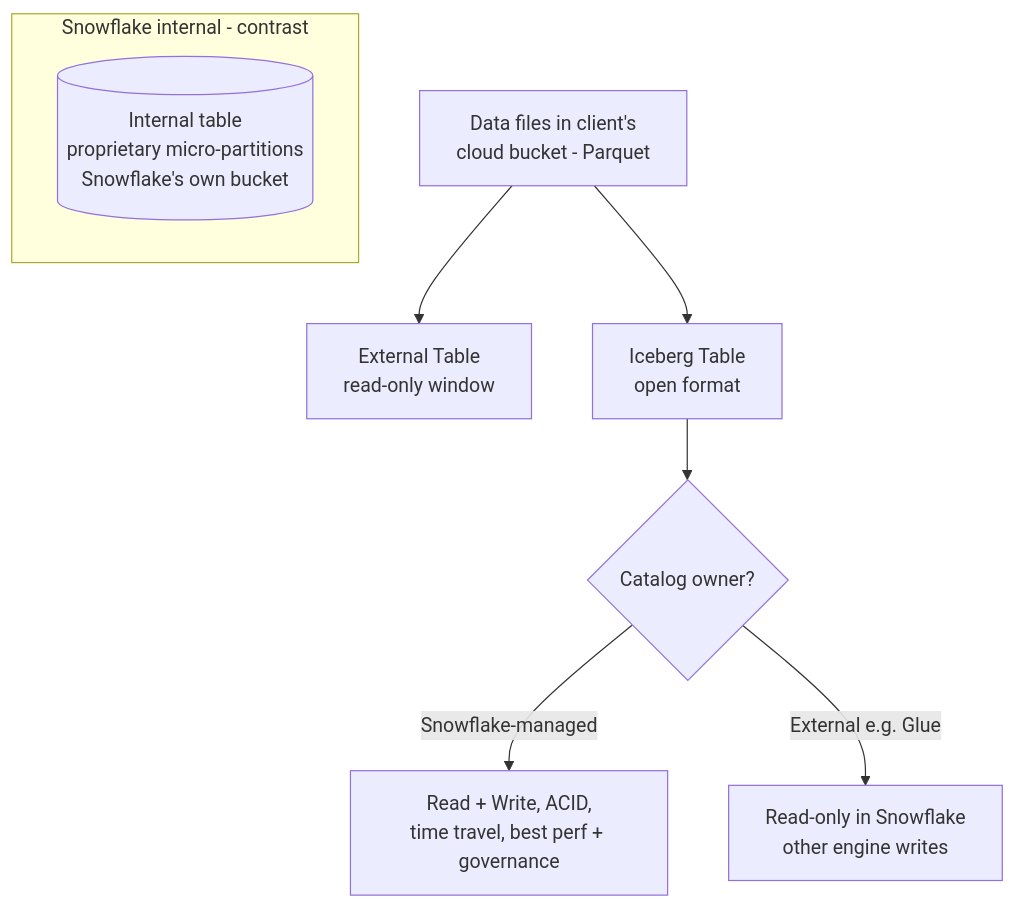
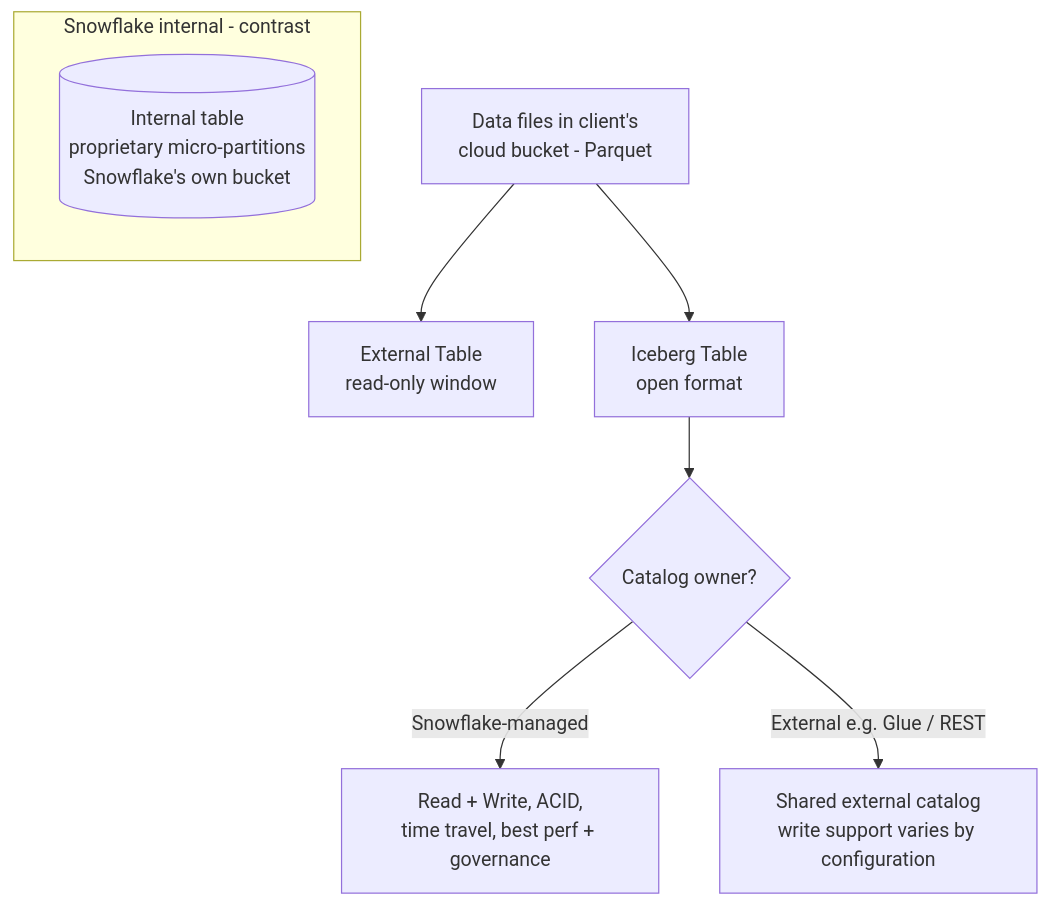
The diagram in 01 Snowflake/04 Data Engineering/24 External Tables and Iceberg.md (shonningsoy/Upskill), drawn with Mermaid before and after one commit. The commit also changed other lines of this file and 5 other files, not shown here.

````diff
--- a/01 Snowflake/04 Data Engineering/24 External Tables and Iceberg.md
+++ b/01 Snowflake/04 Data Engineering/24 External Tables and Iceberg.md
@@ -64,11 +64,11 @@
 ```mermaid
 flowchart TD
     B[Data files in client's<br/>cloud bucket - Parquet] --> ET[External Table<br/>read-only window]
     B --> IC[Iceberg Table<br/>open format]
     IC --> CAT{Catalog owner?}
     CAT -->|Snowflake-managed| W[Read + Write, ACID,<br/>time travel, best perf + governance]
-    CAT -->|External e.g. Glue| R[Read-only in Snowflake<br/>other engine writes]
+    CAT -->|External e.g. Glue / REST| R[Shared external catalog<br/>write support varies by configuration]
     subgraph SF[Snowflake internal - contrast]
       INT[(Internal table<br/>proprietary micro-partitions<br/>Snowflake's own bucket)]
     end
 ```
````
